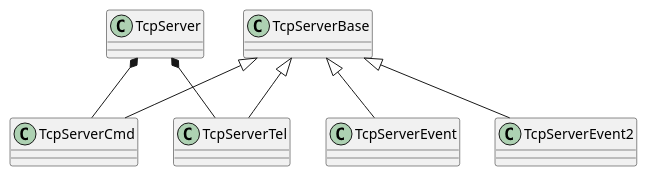
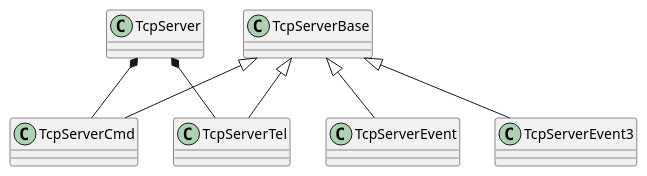
One commit to pcortes80/plantuml_markdown_integration changed the diagram in example/sample-class.pu. Above: the diagram before and after it, drawn with PlantUML. The commit also changed 1 other file, not shown here.

```diff
--- a/example/sample-class.pu
+++ b/example/sample-class.pu
@@ -1,8 +1,8 @@
 @startuml
 TcpServerBase <|-- TcpServerCmd
 TcpServerBase <|-- TcpServerTel
 TcpServerBase <|-- TcpServerEvent
-TcpServerBase <|-- TcpServerEvent2
+TcpServerBase <|-- TcpServerEvent3
 TcpServer *-- TcpServerCmd
 TcpServer *-- TcpServerTel
 @enduml
```
